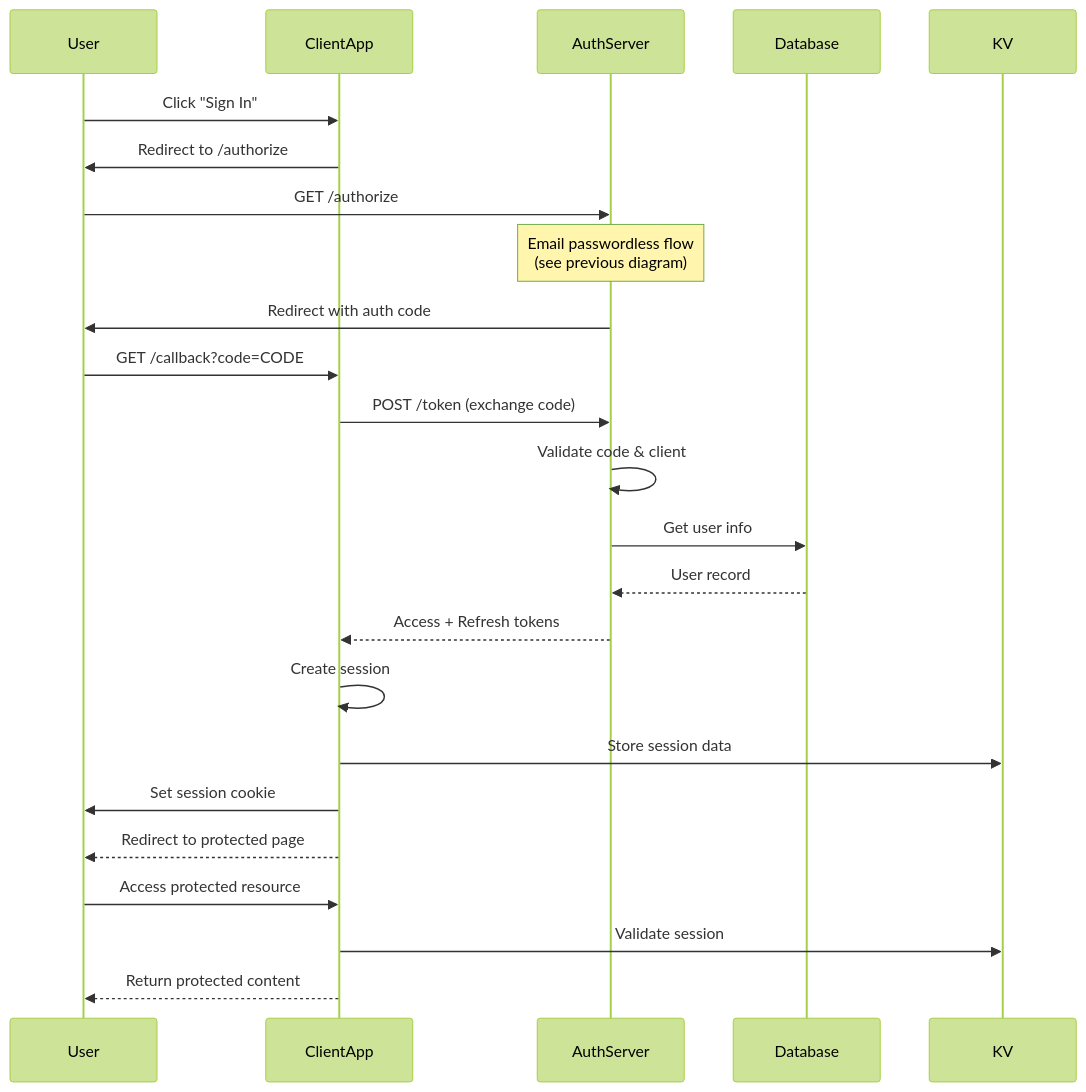
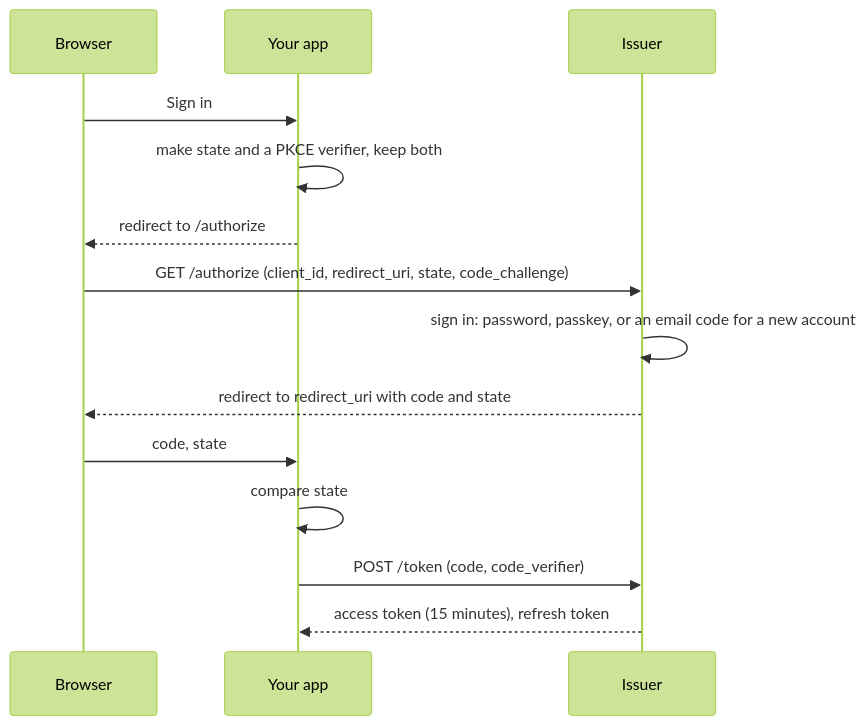
The diagram in AUTHENTICATION_FLOWS.md (Al-Ummah-Now/AlUmmahNowAuth), drawn with Mermaid (forest theme) before and after one commit. The commit also changed other lines of this file and 12 other files, not shown here.

````diff
--- a/AUTHENTICATION_FLOWS.md
+++ b/AUTHENTICATION_FLOWS.md
@@ -218,31 +14,16 @@
 ```mermaid
 sequenceDiagram
-    participant User
-    participant ClientApp
-    participant AuthServer
-    participant Database
-    participant KV
-
-    User->>ClientApp: Click "Sign In"
-    ClientApp->>User: Redirect to /authorize
-
-    User->>AuthServer: GET /authorize
-    Note over AuthServer: Email passwordless flow<br/>(see previous diagram)
-    AuthServer->>User: Redirect with auth code
-
-    User->>ClientApp: GET /callback?code=CODE
-    ClientApp->>AuthServer: POST /token (exchange code)
-    AuthServer->>AuthServer: Validate code & client
-    AuthServer->>Database: Get user info
-    Database-->>AuthServer: User record
-    AuthServer-->>ClientApp: Access + Refresh tokens
-
-    ClientApp->>ClientApp: Create session
-    ClientApp->>KV: Store session data
-    ClientApp->>User: Set session cookie
-    ClientApp-->>User: Redirect to protected page
-
-    User->>ClientApp: Access protected resource
-    ClientApp->>KV: Validate session
-    ClientApp-->>User: Return protected content
+    participant B as Browser
+    participant A as Your app
+    participant I as Issuer
+    B->>A: Sign in
+    A->>A: make state and a PKCE verifier, keep both
+    A-->>B: redirect to /authorize
+    B->>I: GET /authorize (client_id, redirect_uri, state, code_challenge)
+    I->>I: sign in: password, passkey, or an email code for a new account
+    I-->>B: redirect to redirect_uri with code and state
+    B->>A: code, state
+    A->>A: compare state
+    A->>I: POST /token (code, code_verifier)
+    I-->>A: access token (15 minutes), refresh token
 ```
````
